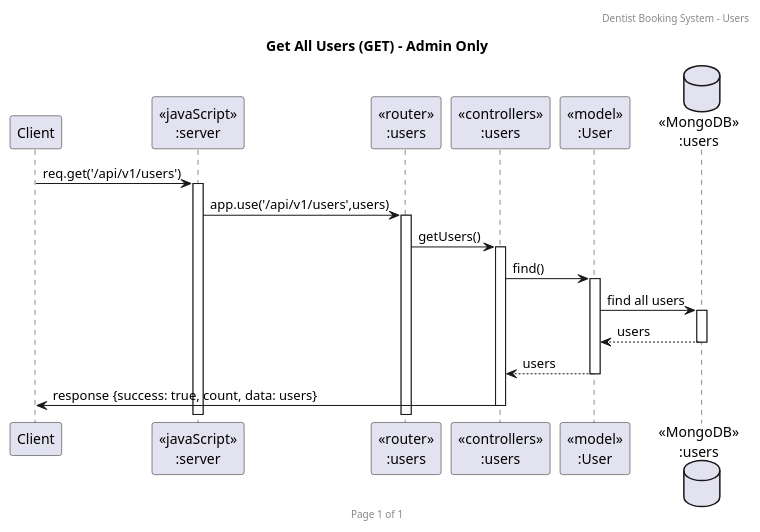
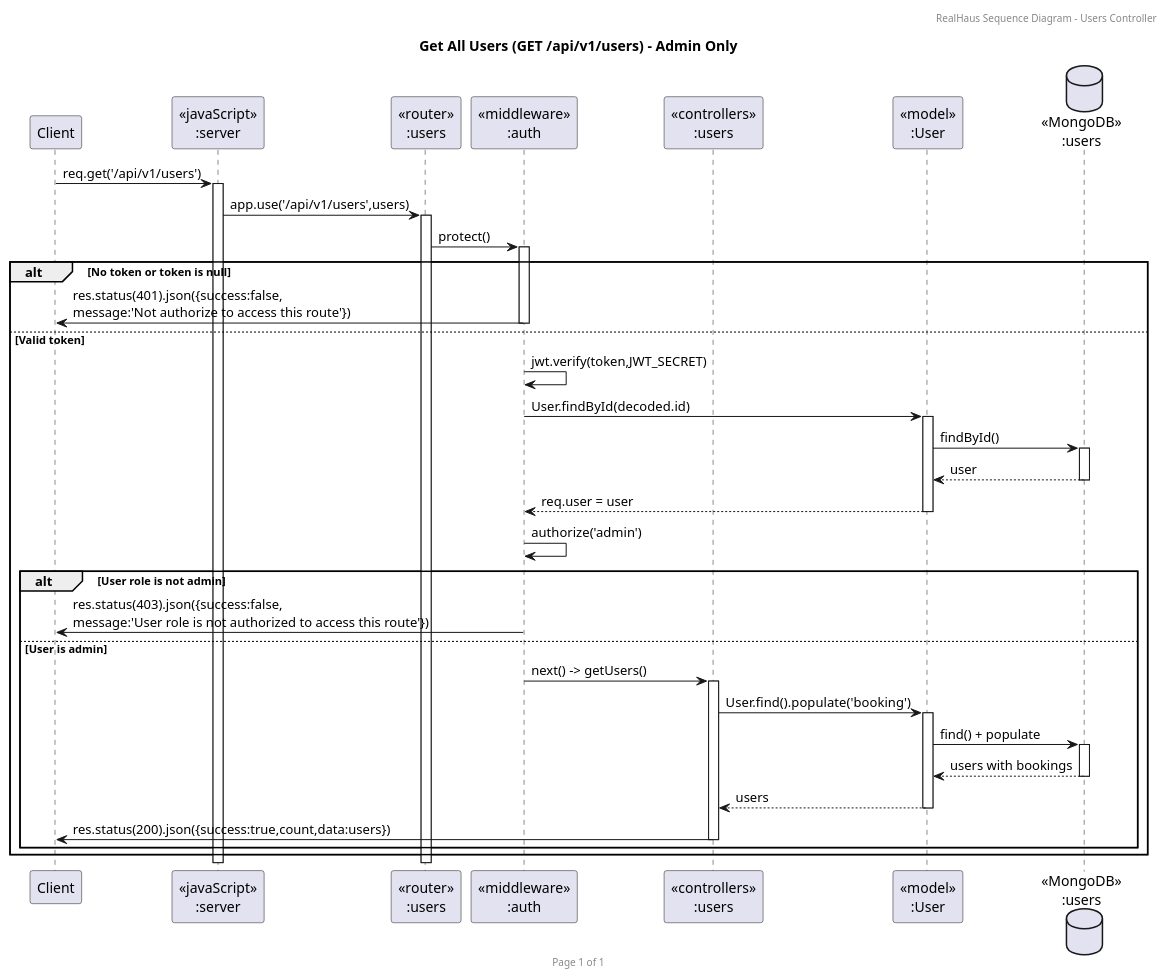
The diagram in sequence-diagram/users/getUsers.puml (2110503-CEDT68/se-project-be-68-2-haus89), drawn with PlantUML before and after one commit. The commit also changed 31 other files, not shown here.

Commit message:
fix: update User scheme, controllers, routes and sequence-diagram

```diff
--- a/sequence-diagram/users/getUsers.puml
+++ b/sequence-diagram/users/getUsers.puml
@@ -1,23 +1,43 @@
 @startuml Get All Users (GET)
 
-header Dentist Booking System - Users
+header RealHaus Sequence Diagram - Users Controller
 footer Page %page% of %lastpage%
-title "Get All Users (GET) - Admin Only"
+title "Get All Users (GET /api/v1/users) - Admin Only"
 
 participant "Client" as client
 participant "<<javaScript>>\n:server" as server
 participant "<<router>>\n:users" as routerUsers
+participant "<<middleware>>\n:auth" as middlewareAuth
 participant "<<controllers>>\n:users" as controllersUsers
 participant "<<model>>\n:User" as modelUser
-database "<<MongoDB>>\n:users" as UsersDatabase
+database "<<MongoDB>>\n:users" as UsersDB
 
 client->server ++:req.get('/api/v1/users')
 server->routerUsers ++:app.use('/api/v1/users',users)
-routerUsers -> controllersUsers ++:getUsers()
-controllersUsers->modelUser ++:find()
-modelUser ->UsersDatabase ++: find all users
-UsersDatabase --> modelUser --: users
-controllersUsers <-- modelUser --:users
-controllersUsers->client --:response {success: true, count, data: users}
+routerUsers -> middlewareAuth ++:protect()
+
+alt No token or token is null
+    middlewareAuth->client --:res.status(401).json({success:false,\nmessage:'Not authorize to access this route'})
+else Valid token
+    middlewareAuth->middlewareAuth :jwt.verify(token,JWT_SECRET)
+    middlewareAuth->modelUser ++:User.findById(decoded.id)
+    modelUser->UsersDB ++: findById()
+    UsersDB-->modelUser --: user
+    middlewareAuth<--modelUser --:req.user = user
+    middlewareAuth -> middlewareAuth :authorize('admin')
+
+    alt User role is not admin
+        middlewareAuth->client --:res.status(403).json({success:false,\nmessage:'User role is not authorized to access this route'})
+    else User is admin
+        middlewareAuth -> controllersUsers ++:next() -> getUsers()
+
+        controllersUsers->modelUser ++:User.find().populate('booking')
+        modelUser->UsersDB ++: find() + populate
+        UsersDB-->modelUser --: users with bookings
+        controllersUsers<--modelUser --:users
+
+        controllersUsers->client --:res.status(200).json({success:true,count,data:users})
+    end
+end
 
 @enduml
```
